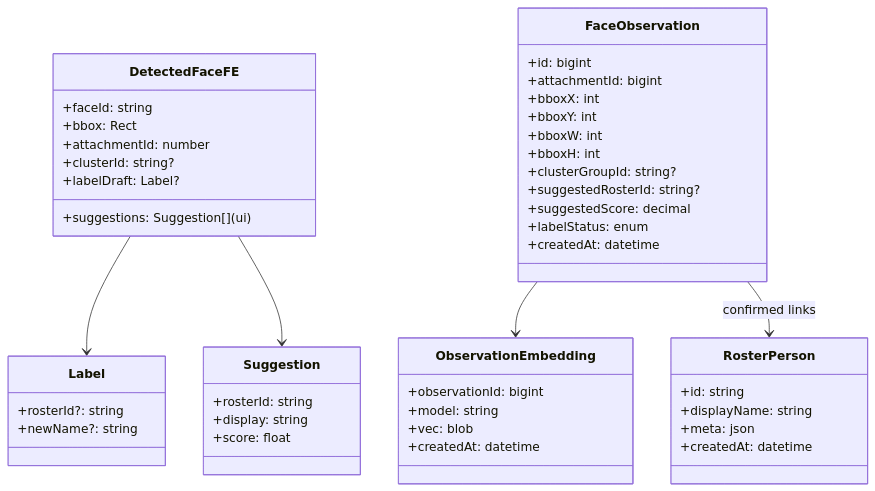
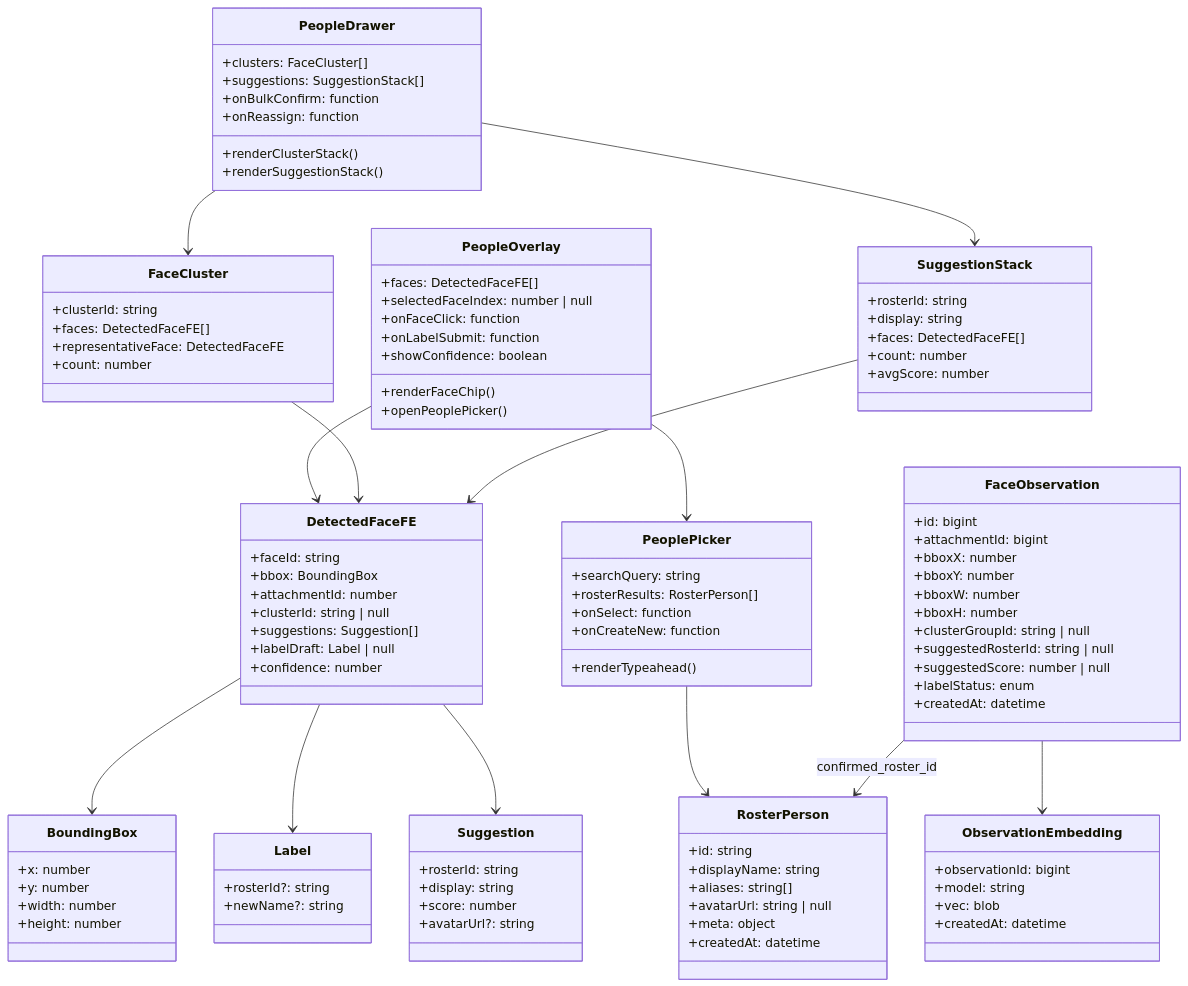
The diagram in docs/architecture/frontend-uml/consolidated-detection-classes.mmd (darce/context-alt-text-monorepo), drawn with Mermaid before and after one commit. The commit also changed 7 other files, not shown here.

Commit message:
docs(frontend-uml): streamline face recognition diagrams

```diff
--- a/docs/architecture/frontend-uml/consolidated-detection-classes.mmd
+++ b/docs/architecture/frontend-uml/consolidated-detection-classes.mmd
@@ -1,53 +1,117 @@
 classDiagram
+%% v2 Consolidated Face Detection - Frontend Classes
+%% Aligns with CONSOLIDATED_FACE_DETECTION_PLAN.md Section 3.4
+
 class DetectedFaceFE {
-+faceId: string
-+bbox: Rect
-+attachmentId: number
-+suggestions: Suggestion[] (ui)
-+clusterId: string?
-+labelDraft: Label?
+  +faceId: string
+  +bbox: BoundingBox
+  +attachmentId: number
+  +clusterId: string | null
+  +suggestions: Suggestion[]
+  +labelDraft: Label | null
+  +confidence: number
+}
+
+class BoundingBox {
+  +x: number
+  +y: number
+  +width: number
+  +height: number
 }
 
 class Label {
   +rosterId?: string
   +newName?: string
 }
 
 class Suggestion {
   +rosterId: string
   +display: string
-  +score: float
+  +score: number
+  +avatarUrl?: string
+}
+
+class PeopleOverlay {
+  +faces: DetectedFaceFE[]
+  +selectedFaceIndex: number | null
+  +onFaceClick: function
+  +onLabelSubmit: function
+  +showConfidence: boolean
+  +renderFaceChip()
+  +openPeoplePicker()
+}
+
+class PeopleDrawer {
+  +clusters: FaceCluster[]
+  +suggestions: SuggestionStack[]
+  +onBulkConfirm: function
+  +onReassign: function
+  +renderClusterStack()
+  +renderSuggestionStack()
+}
+
+class FaceCluster {
+  +clusterId: string
+  +faces: DetectedFaceFE[]
+  +representativeFace: DetectedFaceFE
+  +count: number
+}
+
+class SuggestionStack {
+  +rosterId: string
+  +display: string
+  +faces: DetectedFaceFE[]
+  +count: number
+  +avgScore: number
+}
+
+class PeoplePicker {
+  +searchQuery: string
+  +rosterResults: RosterPerson[]
+  +onSelect: function
+  +onCreateNew: function
+  +renderTypeahead()
 }
 
 class FaceObservation {
   +id: bigint
   +attachmentId: bigint
-  +bboxX: int
-  +bboxY: int
-  +bboxW: int
-  +bboxH: int
-  +clusterGroupId: string?
-  +suggestedRosterId: string?
-  +suggestedScore: decimal
+  +bboxX: number
+  +bboxY: number
+  +bboxW: number
+  +bboxH: number
+  +clusterGroupId: string | null
+  +suggestedRosterId: string | null
+  +suggestedScore: number | null
   +labelStatus: enum
   +createdAt: datetime
 }
 
 class RosterPerson {
   +id: string
   +displayName: string
-  +meta: json
+  +aliases: string[]
+  +avatarUrl: string | null
+  +meta: object
   +createdAt: datetime
 }
 
 class ObservationEmbedding {
   +observationId: bigint
   +model: string
   +vec: blob
   +createdAt: datetime
 }
 
+DetectedFaceFE --> BoundingBox
 DetectedFaceFE --> Label
 DetectedFaceFE --> Suggestion
+PeopleOverlay --> DetectedFaceFE
+PeopleOverlay --> PeoplePicker
+PeopleDrawer --> FaceCluster
+PeopleDrawer --> SuggestionStack
+FaceCluster --> DetectedFaceFE
+SuggestionStack --> DetectedFaceFE
+PeoplePicker --> RosterPerson
 FaceObservation --> ObservationEmbedding
-FaceObservation --> RosterPerson : confirmed links
+FaceObservation --> RosterPerson : confirmed_roster_id
```
